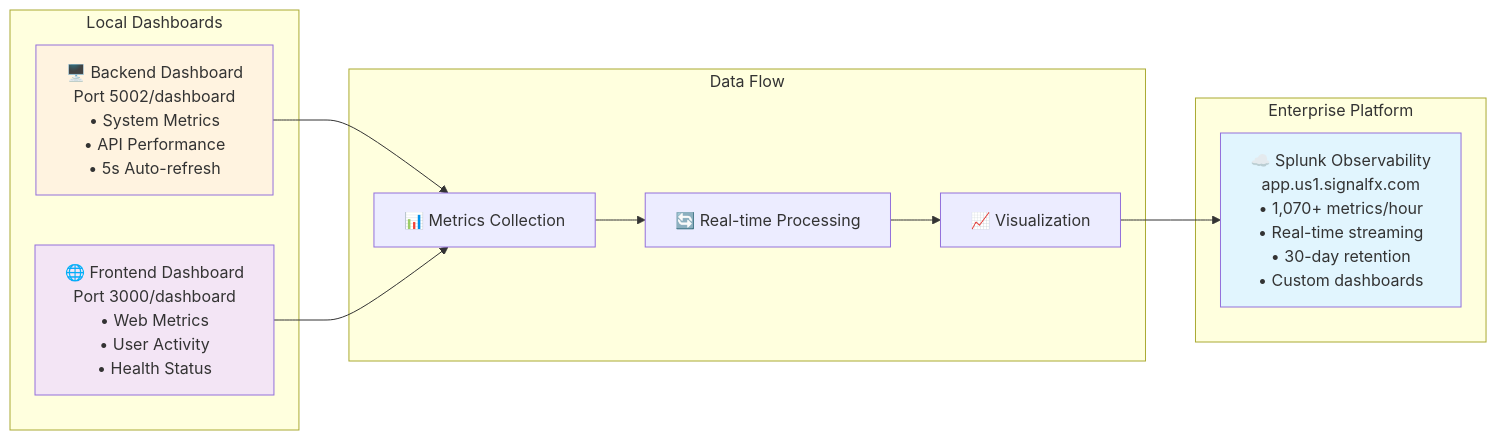
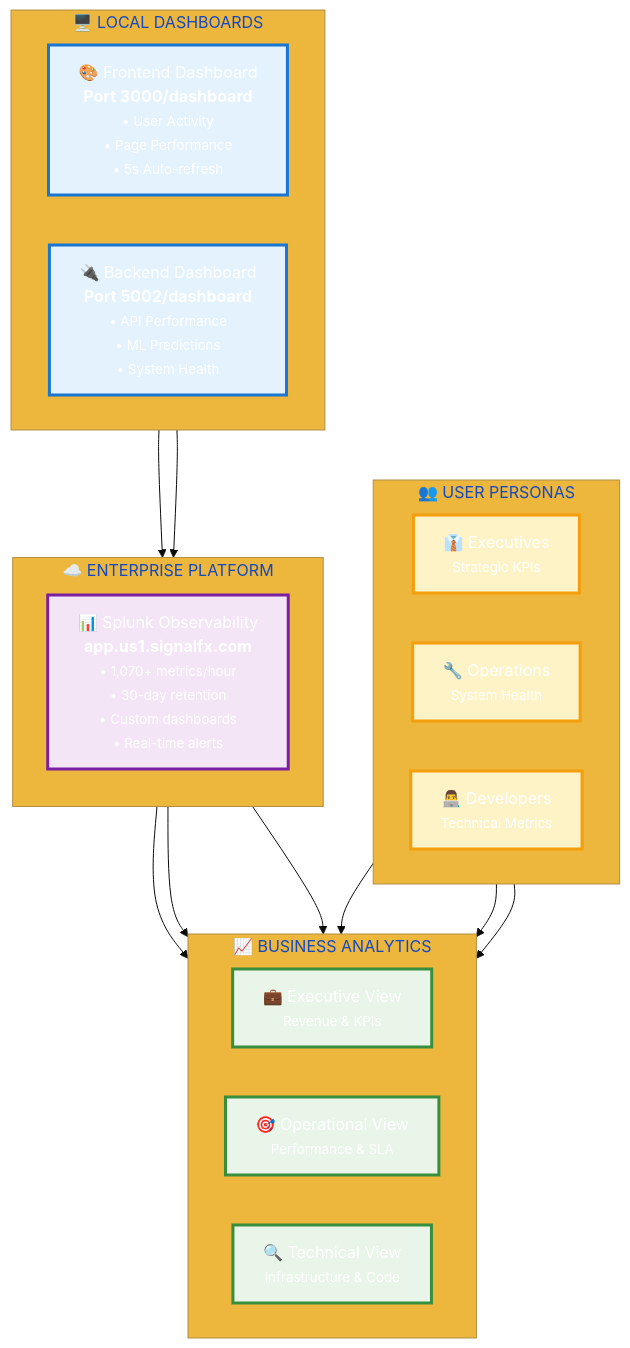
Before and after one commit to andreaendigital/CarPricePredictor-Demo: the fourth of 4 diagrams in docs/jenkins/DOCUMENTATION_FOR_EXPO.md, drawn with Mermaid.

Commit message:
docs: Enhance Dashboard Architecture with multi-tier ecosystem and user personas
- Add user personas layer (Executives, Operations, Developers)
- Show local dashboards with specific ports (3000/dashboard, 5002/dashboard)
- Include detailed dashboard features (auto-refresh, performance metrics)
- Add enterprise platform with Splunk Observability specifications
- Create business analytics views tailored to different user types
- Apply professional color coding by functional layer
- Show complete data flow from local monitoring to enterprise analytics
- Enhance stakeholder alignment with persona-based dashboard design

````diff
--- a/docs/jenkins/DOCUMENTATION_FOR_EXPO.md
+++ b/docs/jenkins/DOCUMENTATION_FOR_EXPO.md
@@ -350,27 +350,50 @@
 ```mermaid
-flowchart LR
-    subgraph "Local Dashboards"
-        A[🖥️ Backend Dashboard<br/>Port 5002/dashboard<br/>• System Metrics<br/>• API Performance<br/>• 5s Auto-refresh]
-        B[🌐 Frontend Dashboard<br/>Port 3000/dashboard<br/>• Web Metrics<br/>• User Activity<br/>• Health Status]
+%%{init: {'theme': 'base', 'themeVariables': {'primaryColor': '#2563eb', 'primaryTextColor': '#ffffff'}}}%%
+
+flowchart TB
+    subgraph USERS ["👥 USER PERSONAS"]
+        direction LR
+        U1["👔 Executives<br/><small>Strategic KPIs</small>"]
+        U2["🔧 Operations<br/><small>System Health</small>"]
+        U3["👨‍💻 Developers<br/><small>Technical Metrics</small>"]
     end
 
-    subgraph "Enterprise Platform"
-        C[☁️ Splunk Observability<br/>app.us1.signalfx.com<br/>• 1,070+ metrics/hour<br/>• Real-time streaming<br/>• 30-day retention<br/>• Custom dashboards]
+    subgraph LOCAL ["🖥️ LOCAL DASHBOARDS"]
+        direction LR
+        L1["🎨 Frontend Dashboard<br/><b>Port 3000/dashboard</b><br/><small>• User Activity<br/>• Page Performance<br/>• 5s Auto-refresh</small>"]
+        L2["🔌 Backend Dashboard<br/><b>Port 5002/dashboard</b><br/><small>• API Performance<br/>• ML Predictions<br/>• System Health</small>"]
     end
 
-    subgraph "Data Flow"
-        D[📊 Metrics Collection]
-        E[🔄 Real-time Processing]
-        F[📈 Visualization]
+    subgraph ENTERPRISE ["☁️ ENTERPRISE PLATFORM"]
+        direction TB
+        E1["📊 Splunk Observability<br/><b>app.us1.signalfx.com</b><br/><small>• 1,070+ metrics/hour<br/>• 30-day retention<br/>• Custom dashboards<br/>• Real-time alerts</small>"]
     end
 
-    A --> D
-    B --> D
-    D --> E
-    E --> F
-    F --> C
+    subgraph ANALYTICS ["📈 BUSINESS ANALYTICS"]
+        direction LR
+        A1["💼 Executive View<br/><small>Revenue & KPIs</small>"]
+        A2["🎯 Operational View<br/><small>Performance & SLA</small>"]
+        A3["🔍 Technical View<br/><small>Infrastructure & Code</small>"]
+    end
 
-    style C fill:#e1f5fe
-    style A fill:#fff3e0
-    style B fill:#f3e5f5
+    U1 --> A1
+    U2 --> A2
+    U3 --> A3
+
+    L1 --> E1
+    L2 --> E1
+
+    E1 --> A1
+    E1 --> A2
+    E1 --> A3
+
+    classDef users fill:#fef3c7,stroke:#f59e0b,stroke-width:3px
+    classDef local fill:#e3f2fd,stroke:#1976d2,stroke-width:3px
+    classDef enterprise fill:#f3e5f5,stroke:#7b1fa2,stroke-width:3px
+    classDef analytics fill:#e8f5e8,stroke:#388e3c,stroke-width:3px
+
+    class U1,U2,U3 users
+    class L1,L2 local
+    class E1 enterprise
+    class A1,A2,A3 analytics
 ```
````
